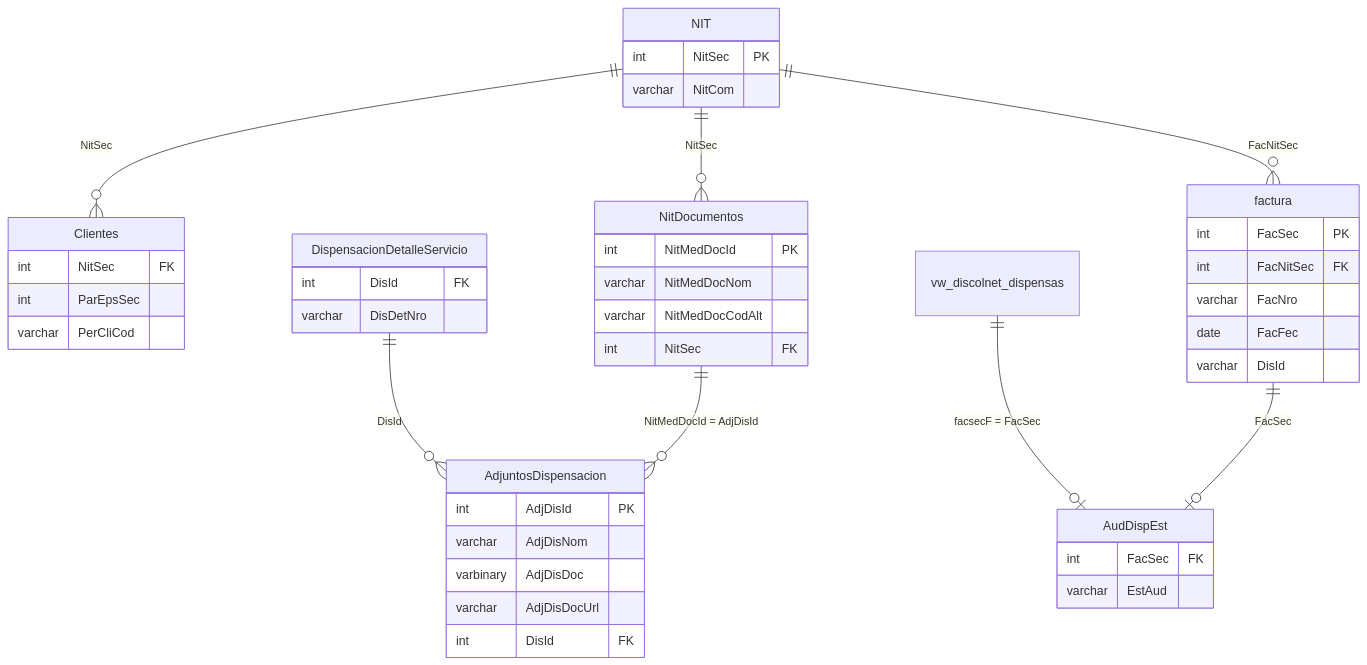
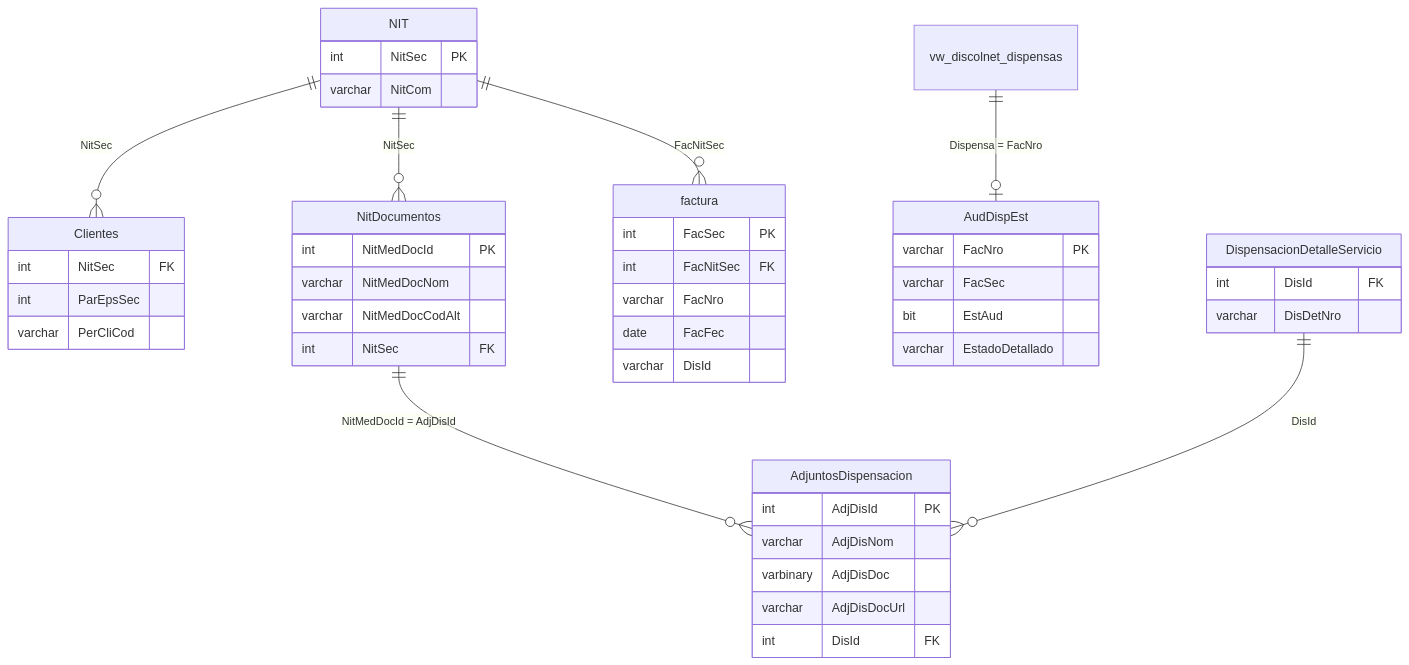
Before and after one commit to jfrem/AudFact: the diagram in plans/database-schema.md, drawn with Mermaid. The commit also changed other lines of this file and 27 other files, not shown here.

First line of the commit message:
fix(audit): resolver colision de resultados usando FacNro como primary key

````diff
--- a/plans/database-schema.md
+++ b/plans/database-schema.md
@@ -213,56 +217,57 @@
 ```mermaid
 erDiagram
     NIT ||--o{ Clientes : "NitSec"
     NIT ||--o{ NitDocumentos : "NitSec"
     NIT ||--o{ factura : "FacNitSec"
 
-    vw_discolnet_dispensas ||--o| AudDispEst : "facsecF = FacSec"
-    factura ||--o| AudDispEst : "FacSec"
+    vw_discolnet_dispensas ||--o| AudDispEst : "Dispensa = FacNro"
 
     DispensacionDetalleServicio ||--o{ AdjuntosDispensacion : "DisId"
     NitDocumentos ||--o{ AdjuntosDispensacion : "NitMedDocId = AdjDisId"
 
     NIT {
         int NitSec PK
         varchar NitCom
     }
 
     Clientes {
         int NitSec FK
         int ParEpsSec
         varchar PerCliCod
     }
 
     factura {
         int FacSec PK
         int FacNitSec FK
         varchar FacNro
         date FacFec
         varchar DisId
     }
 
     AdjuntosDispensacion {
         int AdjDisId PK
         varchar AdjDisNom
         varbinary AdjDisDoc
         varchar AdjDisDocUrl
         int DisId FK
     }
 
     DispensacionDetalleServicio {
         int DisId FK
         varchar DisDetNro
     }
 
     NitDocumentos {
         int NitMedDocId PK
         varchar NitMedDocNom
         varchar NitMedDocCodAlt
         int NitSec FK
     }
 
     AudDispEst {
-        int FacSec FK
-        varchar EstAud
+        varchar FacNro PK
+        varchar FacSec
+        bit EstAud
+        varchar EstadoDetallado
     }
 ```
````
